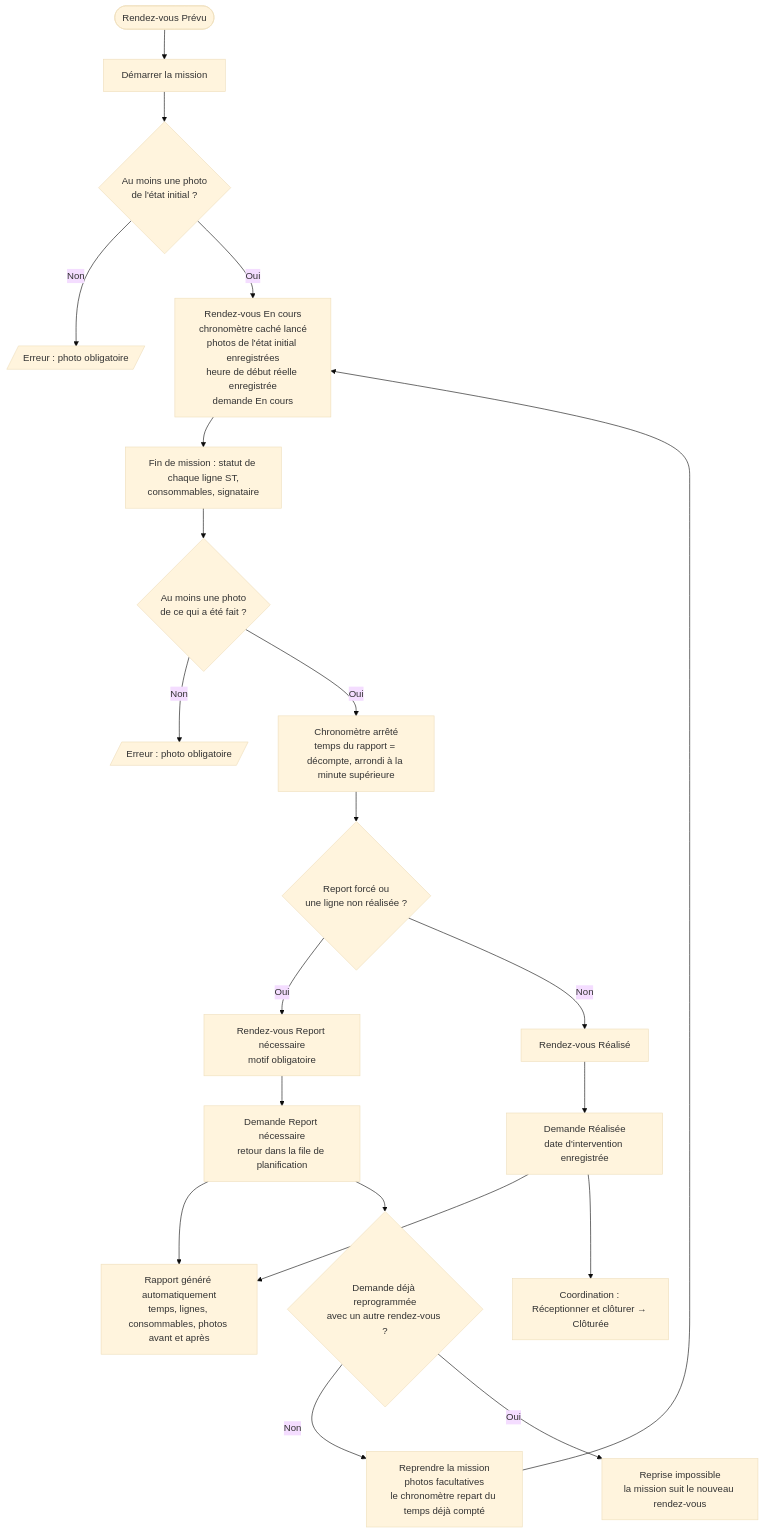
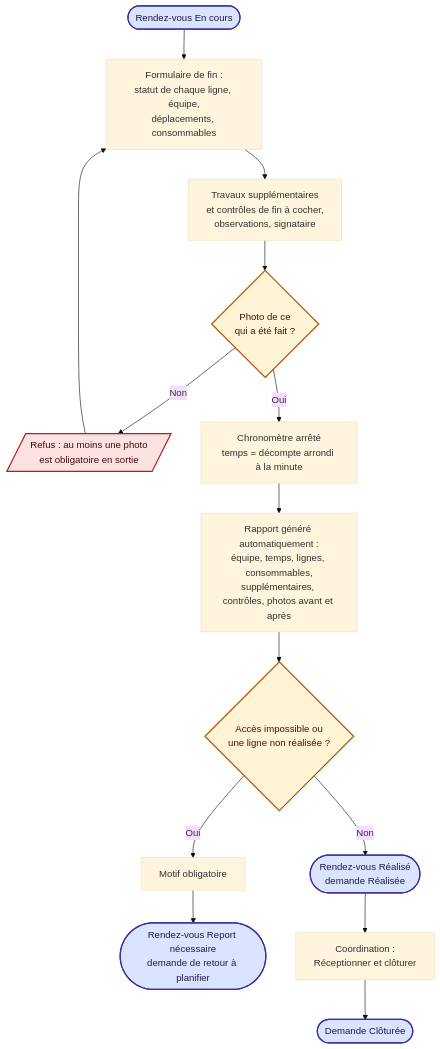
The fourth of 5 diagrams in docs/organigrammes/05-planification-mission.md (Mogot77/Application_Gestion_Travaux), drawn with Mermaid (base theme) before and after one commit. The commit also changed other lines of this file and 32 other files, not shown here.

Commit message:
docs: rework flowcharts for readability (colors, larger text, split long diagrams, recent rules)

````diff
--- a/docs/organigrammes/05-planification-mission.md
+++ b/docs/organigrammes/05-planification-mission.md
@@ -40,23 +80,24 @@
 ```mermaid
 flowchart TD
-    A([Rendez-vous Prévu]) --> B[Démarrer la mission]
-    B --> P1{Au moins une photo<br/>de l'état initial ?}
-    P1 -- Non --> P0[/Erreur : photo obligatoire/]
-    P1 -- Oui --> C[Rendez-vous En cours<br/>chronomètre caché lancé<br/>photos de l'état initial enregistrées<br/>heure de début réelle enregistrée<br/>demande En cours]
-    C --> D[Fin de mission : statut de chaque ligne ST,<br/>consommables, signataire]
-    D --> P2{Au moins une photo<br/>de ce qui a été fait ?}
-    P2 -- Non --> P3[/Erreur : photo obligatoire/]
-    P2 -- Oui --> T[Chronomètre arrêté<br/>temps du rapport = décompte, arrondi à la minute supérieure]
-    T --> E{Report forcé ou<br/>une ligne non réalisée ?}
-    E -- Oui --> F[Rendez-vous Report nécessaire<br/>motif obligatoire]
-    F --> F1[Demande Report nécessaire<br/>retour dans la file de planification]
-    E -- Non --> G[Rendez-vous Réalisé]
-    G --> G1[Demande Réalisée<br/>date d'intervention enregistrée]
-    F1 --> H[Rapport généré automatiquement<br/>temps, lignes, consommables, photos avant et après]
-    G1 --> H
-    G1 --> I[Coordination : Réceptionner et clôturer → Clôturée]
-    F1 --> R{Demande déjà reprogrammée<br/>avec un autre rendez-vous ?}
-    R -- Non --> R1[Reprendre la mission<br/>photos facultatives<br/>le chronomètre repart du temps déjà compté]
-    R1 --> C
-    R -- Oui --> R2[Reprise impossible<br/>la mission suit le nouveau rendez-vous]
+    A([Rendez-vous En cours]) --> B[Formulaire de fin :<br/>statut de chaque ligne, équipe,<br/>déplacements, consommables]
+    B --> B2[Travaux supplémentaires<br/>et contrôles de fin à cocher,<br/>observations, signataire]
+    B2 --> P{Photo de ce<br/>qui a été fait ?}
+    P -- Non --> P0[/Refus : au moins une photo<br/>est obligatoire en sortie/]
+    P0 --> B
+    P -- Oui --> T[Chronomètre arrêté<br/>temps = décompte arrondi à la minute]
+    T --> R[Rapport généré automatiquement :<br/>équipe, temps, lignes, consommables,<br/>supplémentaires, contrôles, photos avant et après]
+    R --> E{Accès impossible ou<br/>une ligne non réalisée ?}
+    E -- Non --> G([Rendez-vous Réalisé<br/>demande Réalisée])
+    E -- Oui --> F[Motif obligatoire]
+    F --> F1([Rendez-vous Report nécessaire<br/>demande de retour à planifier])
+    G --> I[Coordination :<br/>Réceptionner et clôturer]
+    I --> J([Demande Clôturée])
+    %% styles communs
+    classDef dec fill:#fff4d6,stroke:#b45309,stroke-width:2px,color:#431407
+    classDef term fill:#dbe4ff,stroke:#3730a3,stroke-width:2px,color:#1e1b4b
+    classDef err fill:#fde2e2,stroke:#b91c1c,stroke-width:2px,color:#450a0a
+    classDef ok fill:#dcfce7,stroke:#15803d,stroke-width:2px,color:#052e16
+    class P,E dec
+    class A,G,F1,J term
+    class P0 err
 ```
````
